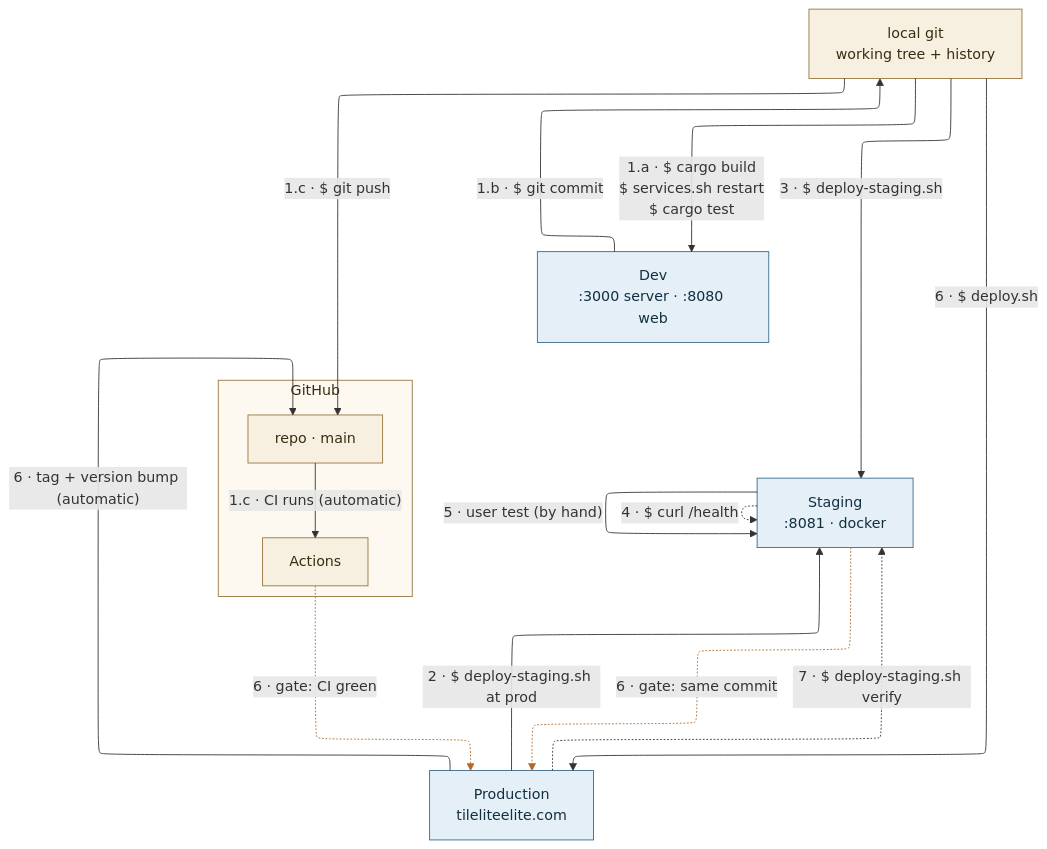
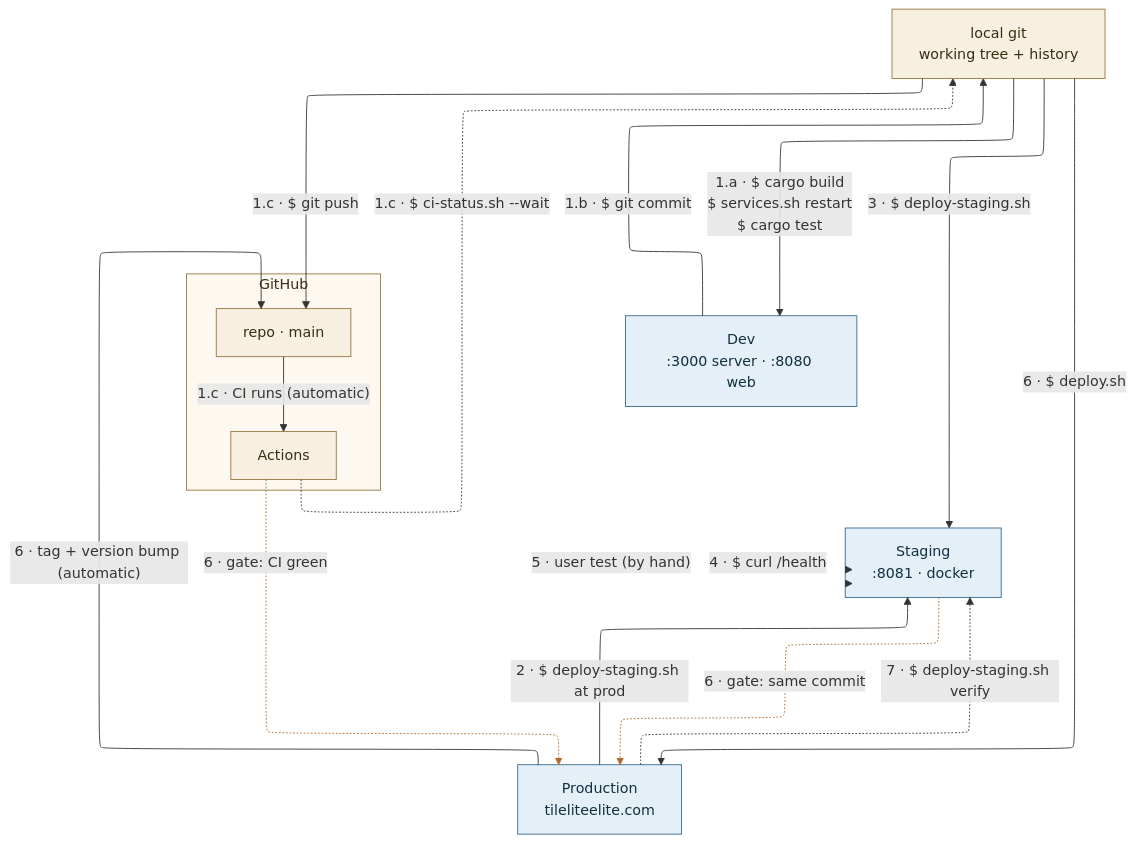
Before and after one commit to SteveStyle/scrabble-px: the diagram in docs/diagrams/release-flow.mmd, drawn with Mermaid. The commit also changed 5 other files, not shown here.

```diff
--- a/docs/diagrams/release-flow.mmd
+++ b/docs/diagrams/release-flow.mmd
@@ -1,43 +1,44 @@
 ---
 config:
   layout: elk
   elk:
     nodePlacementStrategy: BRANDES_KOEPF
 ---
 flowchart TB
     DEV["Dev<br/>:3000 server · :8080 web"]
     STG["Staging<br/>:8081 · docker"]
     PROD["Production<br/>tileliteelite.com"]
     LG["local git<br/>working tree + history"]
     subgraph GH["GitHub"]
         REPO["repo · main"]
         ACT["Actions"]
     end
 
     DEV ~~~ STG
     STG ~~~ PROD
     DEV -->|"1.b · $ git commit"| LG
     LG -->|"1.c · $ git push"| REPO
     REPO -->|"1.c · CI runs (automatic)"| ACT
+    ACT -.->|"1.c · $ ci-status.sh --wait"| LG
     LG -->|"1.a · $ cargo build<br/>$ services.sh restart<br/>$ cargo test"| DEV
     LG -->|"3 · $ deploy-staging.sh"| STG
     LG -->|"6 · $ deploy.sh"| PROD
     STG -.->|"4 · $ curl /health"| STG
     STG -->|"5 · user test (by hand)"| STG
     PROD -->|"2 · $ deploy-staging.sh at prod"| STG
     ACT -.->|"6 · gate: CI green"| PROD
     STG -.->|"6 · gate: same commit"| PROD
     PROD -->|"6 · tag + version bump (automatic)"| REPO
     PROD -.->|"7 · $ deploy-staging.sh verify"| STG
 
     classDef env fill:#e4eff8,stroke:#39698c,color:#12303f
     classDef repo fill:#f7efe0,stroke:#96763f,color:#3a2c12
     class DEV,STG,PROD env
     class LG,REPO,ACT repo
     %% Amber for the two gates. linkStyle takes edge *indices* in
     %% declaration order counting from 0, including the two invisible ~~~
     %% links — so recount these whenever an edge is added or moved, and
     %% check the render. Adding the user-test edge silently shifted them
-    %% from 11,12 to 12,13 and back again once already.
-    linkStyle 11,12 stroke:#b06a2c,color:#8a4b18
+    %% moved 11,12 -> 12,13 -> 11,12 -> 12,13 across four edits so far.
+    linkStyle 12,13 stroke:#b06a2c,color:#8a4b18
     style GH fill:#fdf9f1,stroke:#96763f,color:#3a2c12
```
